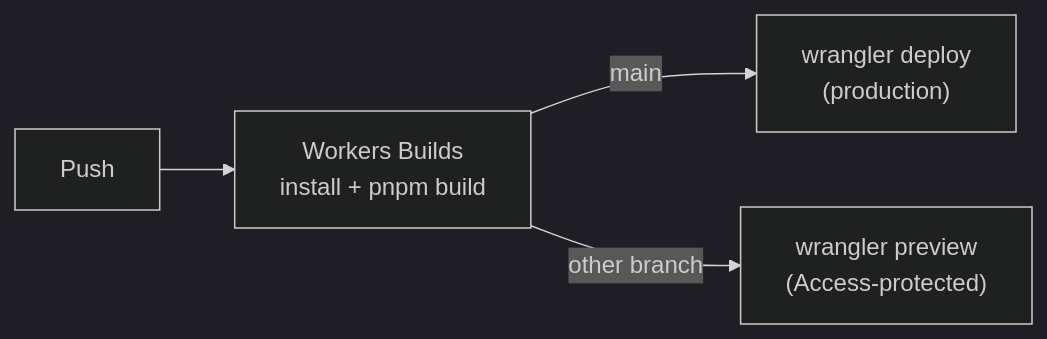
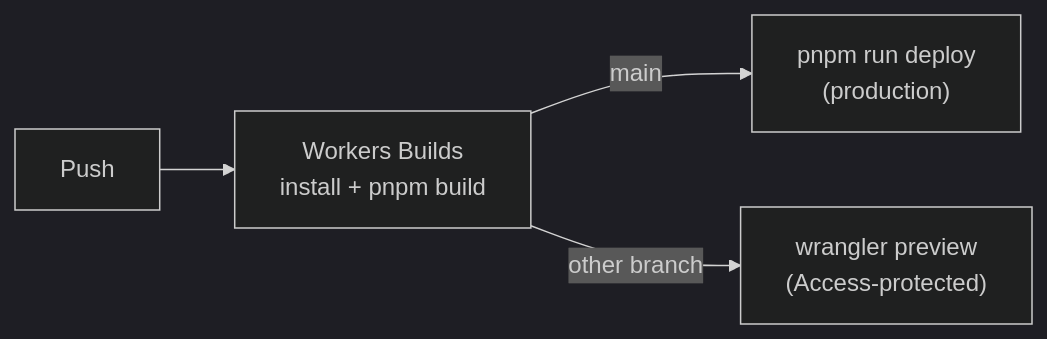
One commit to Dallas-Ng/ntu-mods changed the diagram in docs/deployment.md. Above: the diagram before and after it, drawn with Mermaid (dark theme). The commit also changed other lines of this file and 5 other files, not shown here.

````diff
--- a/docs/deployment.md
+++ b/docs/deployment.md
@@ -11,6 +11,6 @@
 ```mermaid
 flowchart LR
     PUSH[Push] --> WB[Workers Builds<br/>install + pnpm build]
-    WB -- main --> PROD["wrangler deploy<br/>(production)"]
+    WB -- main --> PROD["pnpm run deploy<br/>(production)"]
     WB -- other branch --> PREV["wrangler preview<br/>(Access-protected)"]
 ```
````
